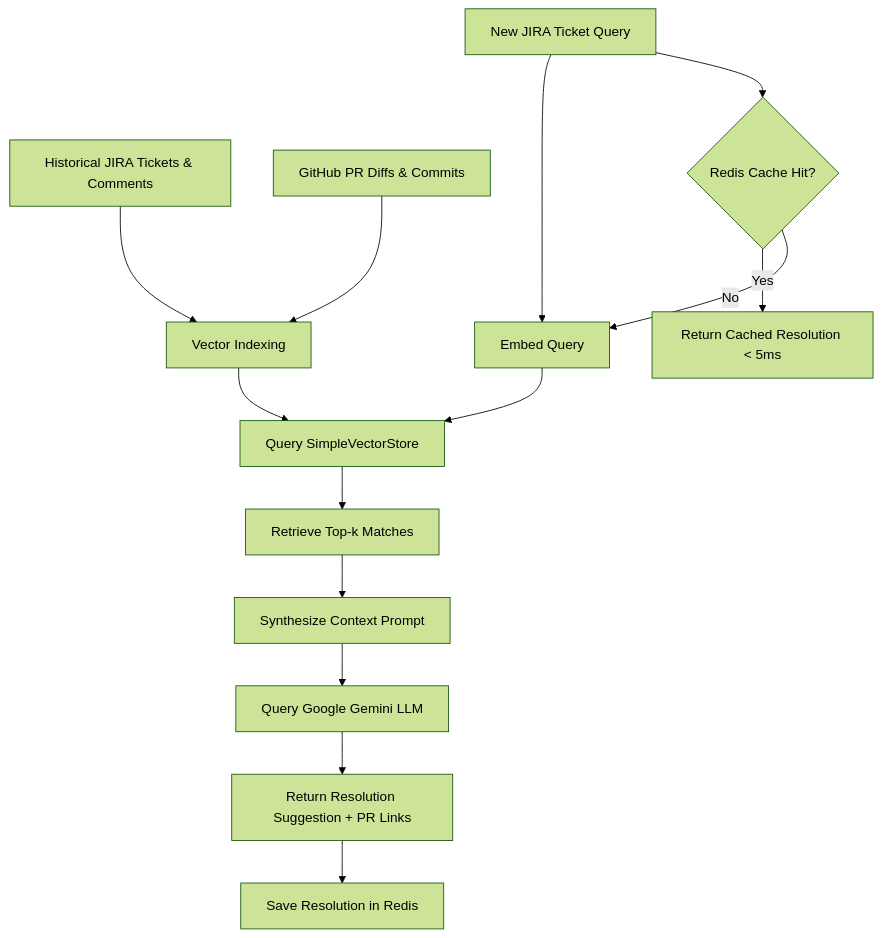
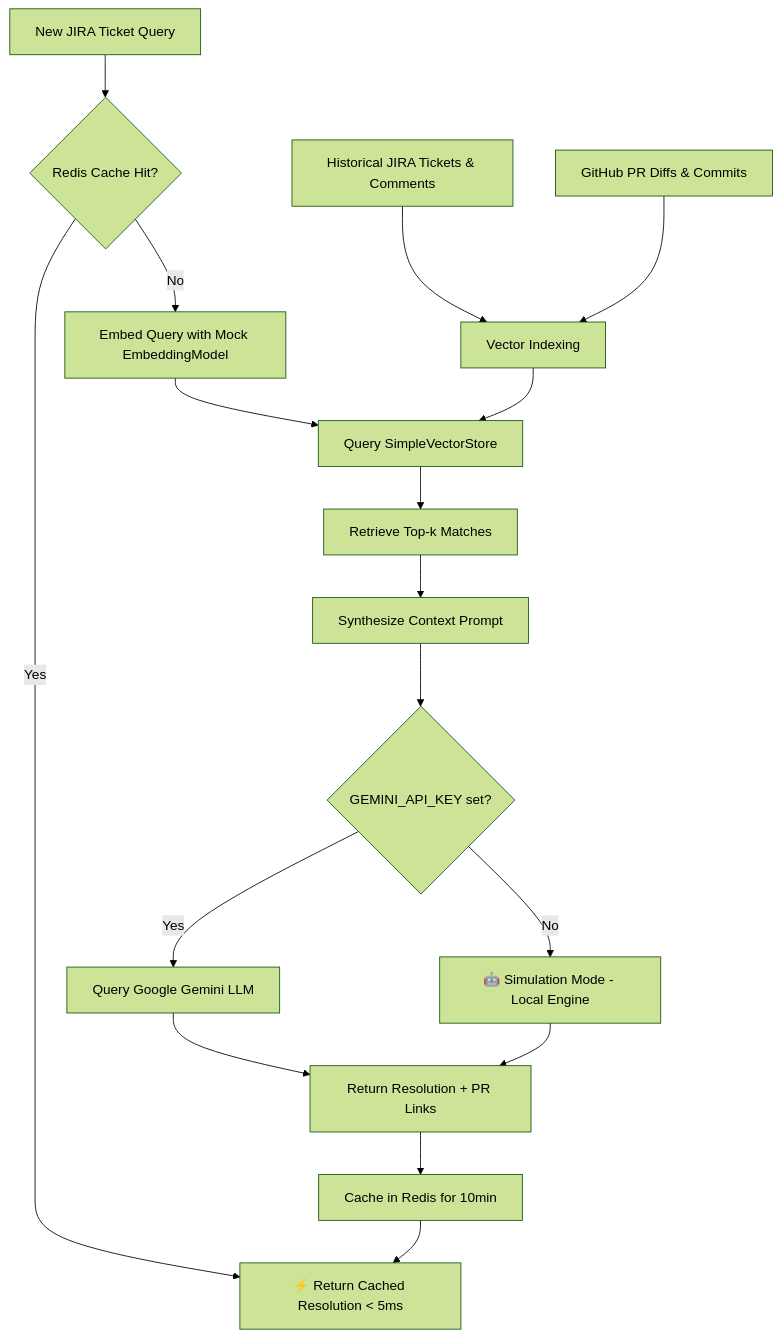
Before and after one commit to Radhika-borigam/rag4tickets: the diagram in README.md, drawn with Mermaid (forest theme). The commit also changed other lines of this file, not shown here.

Commit message:
docs: enhance README with Azure CI/CD deployment architecture and diagrams

````diff
--- a/README.md
+++ b/README.md
@@ -20,18 +33,19 @@
 ```mermaid
 graph TD
-    A[New JIRA Ticket Query] --> B[Embed Query]
+    A[New JIRA Ticket Query] --> K{Redis Cache Hit?}
+    K -- Yes --> L[⚡ Return Cached Resolution < 5ms]
+    K -- No --> B[Embed Query with Mock EmbeddingModel]
     B --> C[Query SimpleVectorStore]
     D[Historical JIRA Tickets & Comments] --> E[Vector Indexing]
     F[GitHub PR Diffs & Commits] --> E
     E --> C
     C --> G[Retrieve Top-k Matches]
     G --> H[Synthesize Context Prompt]
-    H --> I[Query Google Gemini LLM]
-    I --> J[Return Resolution Suggestion + PR Links]
-
-    %% Caching Layer %%
-    A --> K{Redis Cache Hit?}
-    K -- Yes --> L[Return Cached Resolution < 5ms]
-    K -- No --> B
-    J --> M[Save Resolution in Redis]
+    H --> I{GEMINI_API_KEY set?}
+    I -- Yes --> J[Query Google Gemini LLM]
+    I -- No --> SIM[🤖 Simulation Mode - Local Engine]
+    J --> R[Return Resolution + PR Links]
+    SIM --> R
+    R --> M[Cache in Redis for 10min]
+    M --> L
 ```
````
